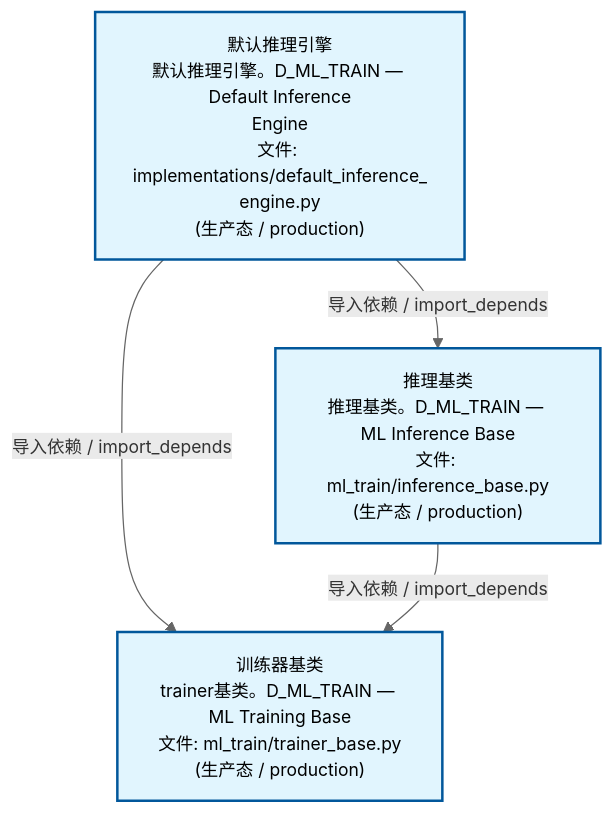
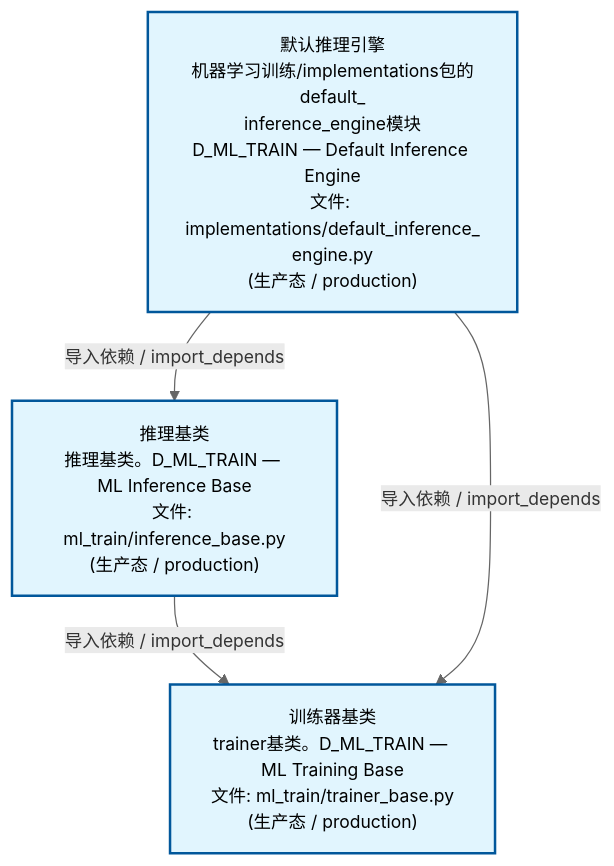
The second of 4 diagrams in docs/02_enterprise_architecture/02_domain_architecture_docs/61_d_ml_train.md (xuanFelixVan/ZephyrAlpha), drawn with Mermaid before and after one commit. The commit also changed other lines of this file and 62 other files, not shown here.

````diff
--- a/docs/02_enterprise_architecture/02_domain_architecture_docs/61_d_ml_train.md
+++ b/docs/02_enterprise_architecture/02_domain_architecture_docs/61_d_ml_train.md
@@ -99,15 +99,15 @@
 ```mermaid
 %%{init: {'theme': 'base', 'themeVariables': {'primaryColor': '#eaeaea', 'primaryTextColor': '#333333', 'primaryBorderColor': '#666666', 'lineColor': '#666666', 'secondaryColor': '#eaeaea', 'tertiaryColor': '#eaeaea', 'fontSize': '14px'}}}%%
 flowchart TD
-    src_zephyr_ml_train_implementations_default_inference_engine_py["默认推理引擎<br/>默认推理引擎。D_ML_TRAIN — Default Inference<br/>Engine<br/>文件: implementations/default_inference_<br/>engine.py<br/>(生产态 / production)"]
+    src_zephyr_ml_train_implementations_default_inference_engine_py["默认推理引擎<br/>机器学习训练/implementations包的default_<br/>inference_engine模块<br/>D_ML_TRAIN — Default Inference Engine<br/>文件: implementations/default_inference_<br/>engine.py<br/>(生产态 / production)"]
     src_zephyr_ml_train_inference_base_py["推理基类<br/>推理基类。D_ML_TRAIN — ML Inference Base<br/>文件: ml_train/inference_base.py<br/>(生产态 / production)"]
     src_zephyr_ml_train_trainer_base_py["训练器基类<br/>trainer基类。D_ML_TRAIN — ML Training Base<br/>文件: ml_train/trainer_base.py<br/>(生产态 / production)"]
+    src_zephyr_ml_train_inference_base_py -->|导入依赖 / import_depends| src_zephyr_ml_train_trainer_base_py
+    src_zephyr_ml_train_implementations_default_inference_engine_py -->|导入依赖 / import_depends| src_zephyr_ml_train_inference_base_py
     src_zephyr_ml_train_implementations_default_inference_engine_py -->|导入依赖 / import_depends| src_zephyr_ml_train_trainer_base_py
-    src_zephyr_ml_train_implementations_default_inference_engine_py -->|导入依赖 / import_depends| src_zephyr_ml_train_inference_base_py
-    src_zephyr_ml_train_inference_base_py -->|导入依赖 / import_depends| src_zephyr_ml_train_trainer_base_py
     classDef production fill:#e1f5fe,stroke:#01579b,stroke-width:2px,color:#000
     classDef design fill:#fff3e0,stroke:#e65100,stroke-width:2px,color:#000,stroke-dasharray: 5 5
     classDef external_prod fill:#e8f4fd,stroke:#0277bd,stroke-width:1px,color:#000
     classDef external_design fill:#fff8e7,stroke:#ef6c00,stroke-width:1px,color:#000,stroke-dasharray: 5 5
     class src_zephyr_ml_train_implementations_default_inference_engine_py,src_zephyr_ml_train_inference_base_py,src_zephyr_ml_train_trainer_base_py production
 ```
````
